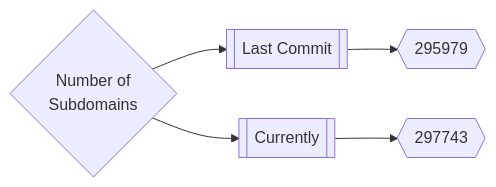
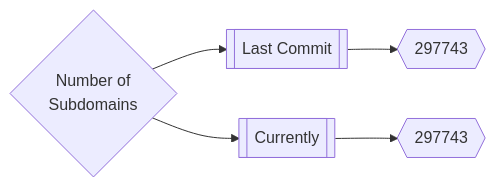
One commit to trickest/inventory changed the first of 3 diagrams in README.md. Above: the diagram before and after it, drawn with Mermaid. The commit also changed 28 other files, not shown here.

````diff
--- a/README.md
+++ b/README.md
@@ -165,5 +165,5 @@
 ```mermaid
 graph LR
-title{Number of<br>Subdomains} --> subdomainsDate1[[Last Commit]] --> subdomainsNum1{{295979}}
+title{Number of<br>Subdomains} --> subdomainsDate1[[Last Commit]] --> subdomainsNum1{{297743}}
 title --> subdomainsDate2[[Currently]] --> subdomainsNum2{{297743}}
 ```
````
